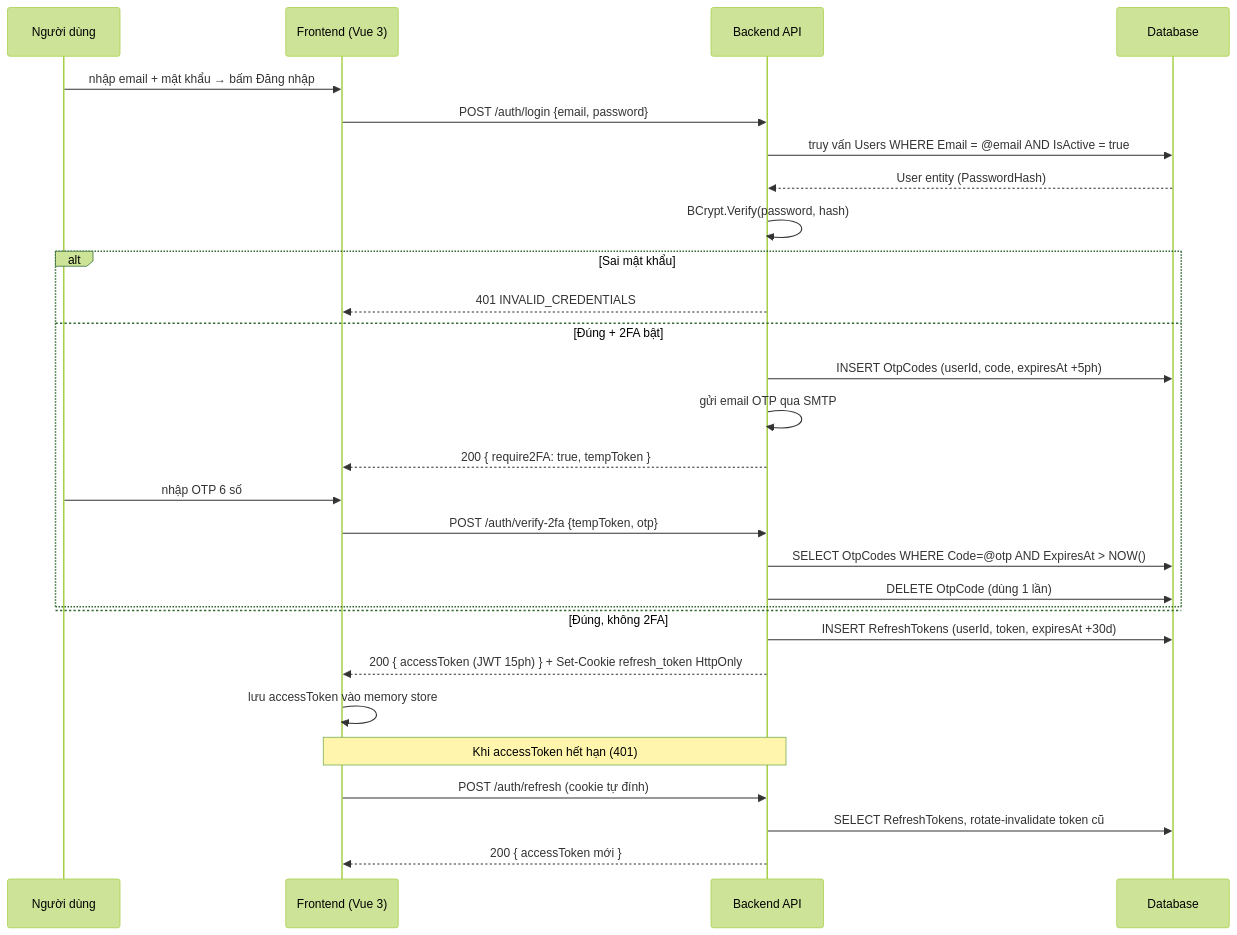
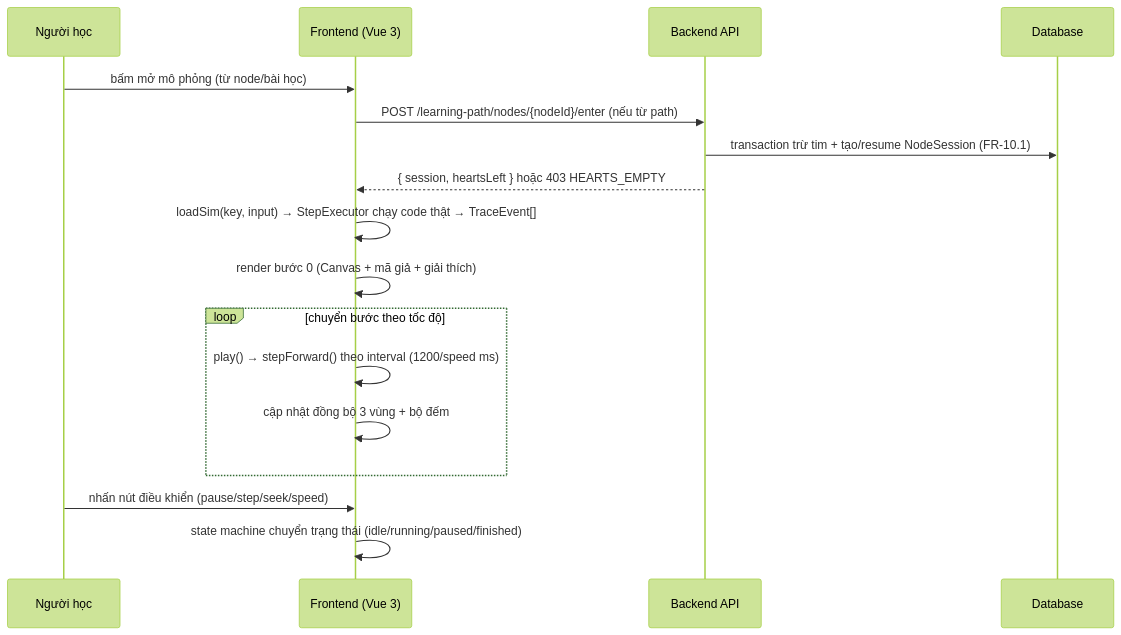
Before and after one commit to Tqson3118/Visualization: diagram 13 of 18 in tailieu/BAO_CAO.md, drawn with Mermaid (forest theme). The commit also changed other lines of this file and 398 other files, not shown here.

````diff
--- a/tailieu/BAO_CAO.md
+++ b/tailieu/BAO_CAO.md
@@ -753,32 +1636,20 @@
 ```mermaid
 sequenceDiagram
-    participant U as Người dùng
+    participant H as Người học
     participant SPA as Frontend (Vue 3)
     participant API as Backend API
     participant DB as Database
 
-    U->>SPA: nhập email + mật khẩu → bấm Đăng nhập
-    SPA->>API: POST /auth/login {email, password}
-    API->>DB: truy vấn Users WHERE Email = @email AND IsActive = true
-    DB-->>API: User entity (PasswordHash)
-    API->>API: BCrypt.Verify(password, hash)
-    alt Sai mật khẩu
-        API-->>SPA: 401 INVALID_CREDENTIALS
-    else Đúng + 2FA bật
-        API->>DB: INSERT OtpCodes (userId, code, expiresAt +5ph)
-        API->>API: gửi email OTP qua SMTP
-        API-->>SPA: 200 { require2FA: true, tempToken }
-        U->>SPA: nhập OTP 6 số
-        SPA->>API: POST /auth/verify-2fa {tempToken, otp}
-        API->>DB: SELECT OtpCodes WHERE Code=@otp AND ExpiresAt > NOW()
-        API->>DB: DELETE OtpCode (dùng 1 lần)
-    else Đúng, không 2FA
-    end
-    API->>DB: INSERT RefreshTokens (userId, token, expiresAt +30d)
-    API-->>SPA: 200 { accessToken (JWT 15ph) } + Set-Cookie refresh_token HttpOnly
-    SPA->>SPA: lưu accessToken vào memory store
-    Note over SPA,API: Khi accessToken hết hạn (401)
-    SPA->>API: POST /auth/refresh (cookie tự đính)
-    API->>DB: SELECT RefreshTokens, rotate-invalidate token cũ
-    API-->>SPA: 200 { accessToken mới }
+    H->>SPA: bấm mở mô phỏng (từ node/bài học)
+    SPA->>API: POST /learning-path/nodes/{nodeId}/enter (nếu từ path)
+    API->>DB: transaction trừ tim + tạo/resume NodeSession (FR-10.1)
+    API-->>SPA: { session, heartsLeft } hoặc 403 HEARTS_EMPTY
+    SPA->>SPA: loadSim(key, input) → StepExecutor chạy code thật → TraceEvent[]
+    SPA->>SPA: render bước 0 (Canvas + mã giả + giải thích)
+    Loop chuyển bước theo tốc độ
+        SPA->>SPA: play() → stepForward() theo interval (1200/speed ms)
+        SPA->>SPA: cập nhật đồng bộ 3 vùng + bộ đếm
+    End
+    H->>SPA: nhấn nút điều khiển (pause/step/seek/speed)
+    SPA->>SPA: state machine chuyển trạng thái (idle/running/paused/finished)
 ```
````
